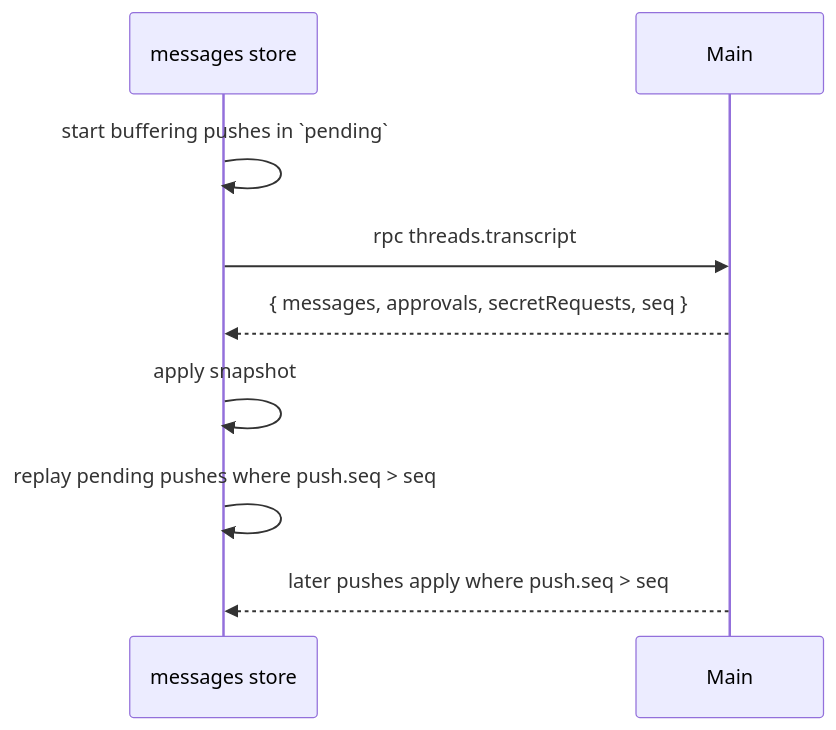
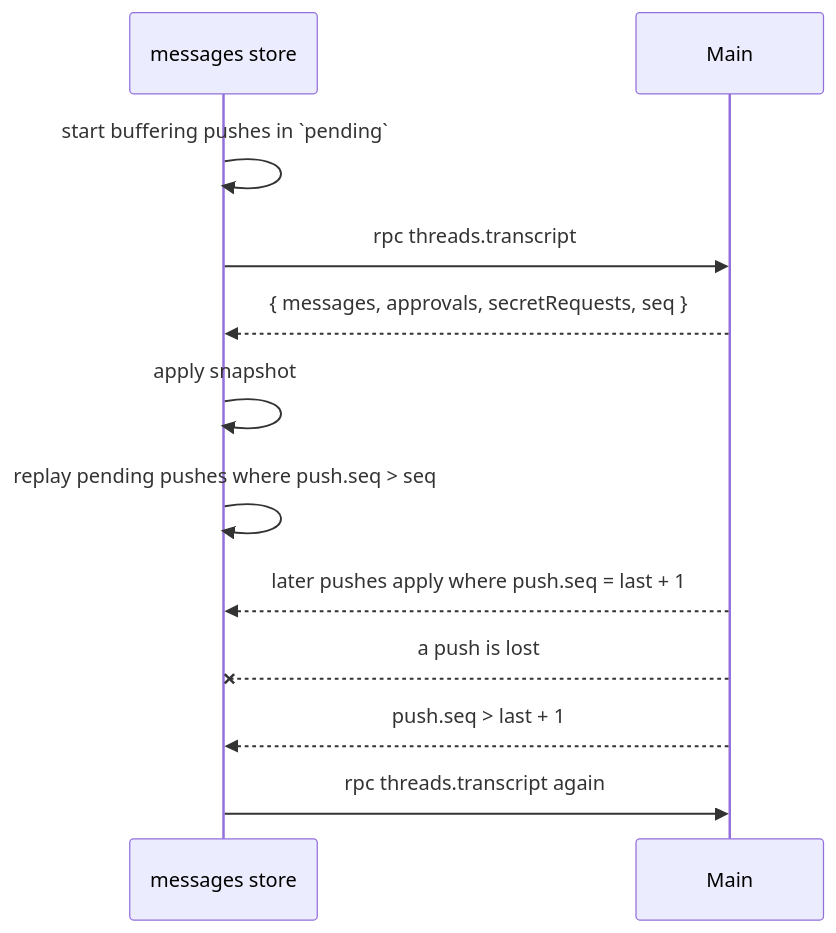
The seventh of 17 diagrams in docs/arch.md (hinadev-ai/hinacode), drawn with Mermaid before and after one commit. The commit also changed other lines of this file and 10 other files, not shown here.

First line of the commit message:
fix(transcript): resync when a push goes missing

````diff
--- a/docs/arch.md
+++ b/docs/arch.md
@@ -303,11 +303,14 @@
 ```mermaid
 sequenceDiagram
   participant S as messages store
   participant M as Main
   S->>S: start buffering pushes in `pending`
   S->>M: rpc threads.transcript
   M-->>S: { messages, approvals, secretRequests, seq }
   S->>S: apply snapshot
   S->>S: replay pending pushes where push.seq > seq
-  M-->>S: later pushes apply where push.seq > seq
+  M-->>S: later pushes apply where push.seq = last + 1
+  M--xS: a push is lost
+  M-->>S: push.seq > last + 1
+  S->>M: rpc threads.transcript again
 ```
````
